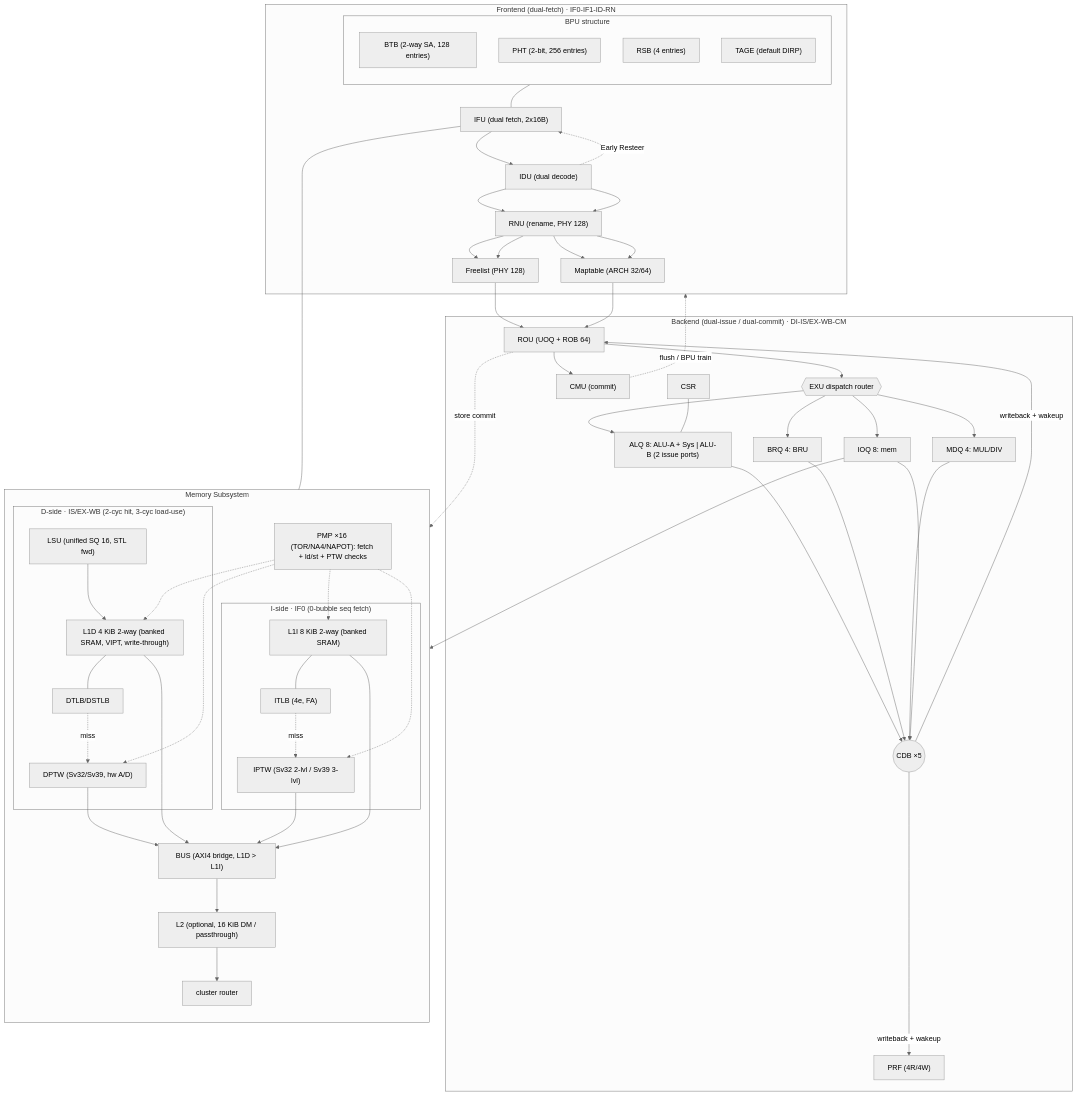
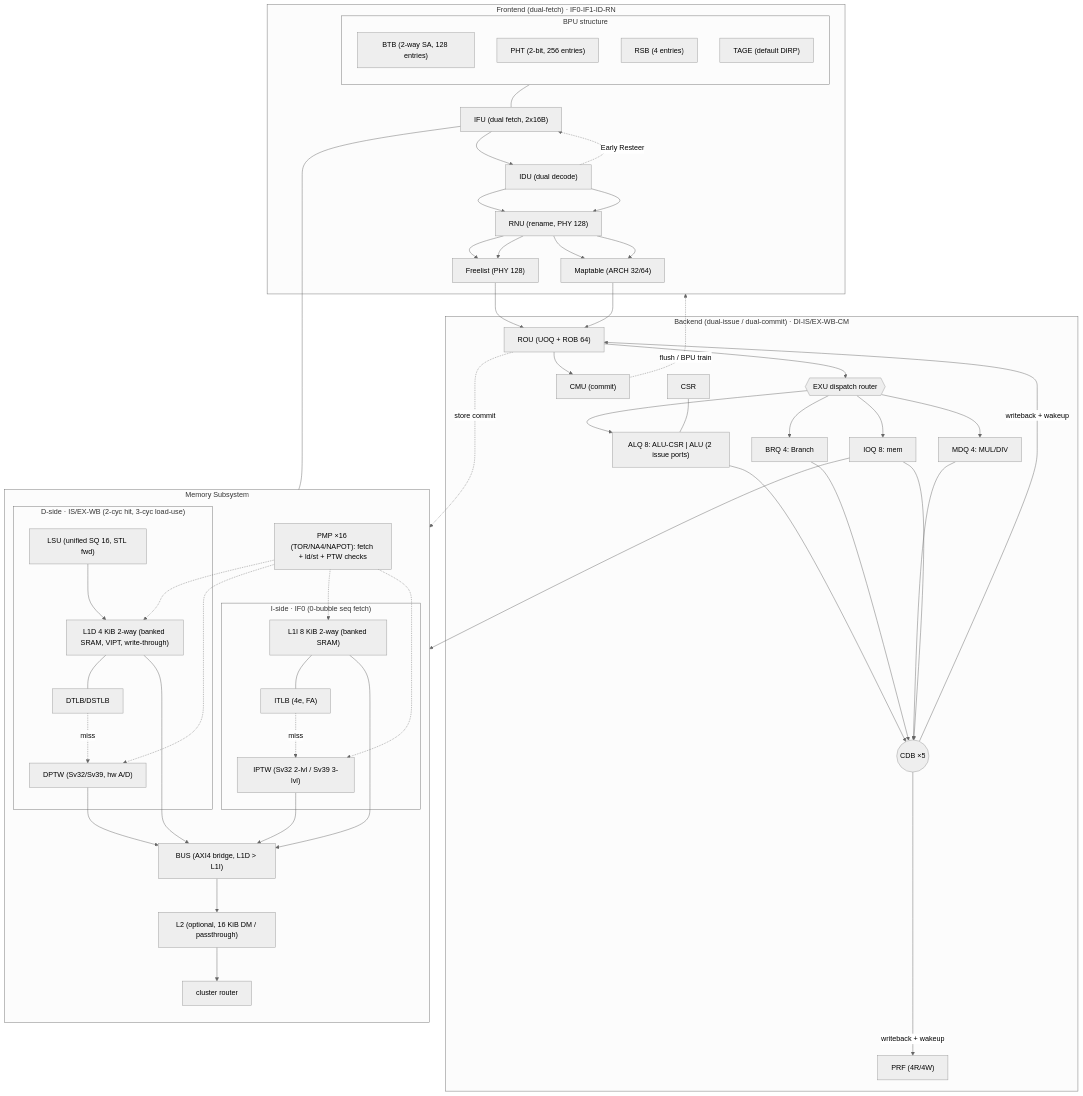
Before and after one commit to Kingfish404/raptor-chip: the diagram in README.md, drawn with Mermaid (neutral theme). The commit also changed 55 other files, not shown here.

````diff
--- a/README.md
+++ b/README.md
@@ -38,68 +38,68 @@
 ```mermaid
 flowchart TD
   subgraph BPU["BPU structure"]
     direction TD
     BTB["BTB (2-way SA, 128 entries)"]
     PHT["PHT (2-bit, 256 entries)"]
     RSB["RSB (4 entries)"]
     TAGE["TAGE (default DIRP)"]
   end
   subgraph FE["Frontend (dual-fetch) · IF0-IF1-ID-RN"]
     BPU["BPU (TAGE/BTB/RSB)"]
     IFU["IFU (dual fetch, 2x16B)"]
     IDU["IDU (dual decode)"]
     RNU["RNU (rename, PHY 128)"]
     FL["Freelist (PHY 128)"]
     MAP["Maptable (ARCH 32/64)"]
   end
   subgraph BE["Backend (dual-issue / dual-commit) · DI-IS/EX-WB-CM"]
     ROU["ROU (UOQ + ROB 64)"]
     RT{{"EXU dispatch router"}}
-    PAB["ALQ 8: ALU-A + Sys | ALU-B (2 issue ports)"]
-    PBR["BRQ 4: BRU"]
+    PAB["ALQ 8: ALU-CSR | ALU (2 issue ports)"]
+    PBR["BRQ 4: Branch"]
     PM["MDQ 4: MUL/DIV"]
     PQ["IOQ 8: mem"]
     CDB(("CDB ×5"))
     PRF["PRF (4R/4W)"]
     CMU["CMU (commit)"]
     CSR
   end
   subgraph MEM["Memory Subsystem"]
     direction TD
     subgraph IMEM["I-side · IF0 (0-bubble seq fetch)"]
       L1I["L1I 8 KiB 2-way (banked SRAM)"]
       ITLB["ITLB (4e, FA)"]
       IPTW["IPTW (Sv32 2-lvl / Sv39 3-lvl)"]
     end
     subgraph DMEM["D-side · IS/EX-WB (2-cyc hit, 3-cyc load-use)"]
       LSU["LSU (unified SQ 16, STL fwd)"]
       L1D["L1D 4 KiB 2-way (banked SRAM, VIPT, write-through)"]
       DTLB["DTLB/DSTLB"]
       DPTW["DPTW (Sv32/Sv39, hw A/D)"]
     end
     PMPC["PMP ×16 (TOR/NA4/NAPOT): fetch + ld/st + PTW checks"]
     BUS["BUS (AXI4 bridge, L1D > L1I)"]
     L2["L2 (optional, 16 KiB DM / passthrough)"]
     RTR["cluster router"]
   end
   BPU --- IFU
   IFU --> IDU --> RNU --> FL & MAP
   IDU -."Early Resteer".-> IFU
   IDU --> RNU --> FL & MAP --> ROU --> RT
   RT --> PAB & PBR & PM & PQ
   PAB & PBR & PM & PQ --> CDB
   CDB -->|"writeback + wakeup"| ROU & PRF
   ROU --> CMU
   ROU -."store commit".-> LSU
   CMU -."flush / BPU train".-> FE
   CSR --- PAB
   IFU --- L1I
   L1I --- ITLB
   ITLB -."miss".-> IPTW
   PQ --> LSU --> L1D
   L1D --- DTLB
   DTLB -."miss".-> DPTW
   PMPC -.-> L1I & L1D & IPTW & DPTW
   L1I & L1D & IPTW & DPTW --> BUS
   BUS --> L2 --> RTR
 ```
````
